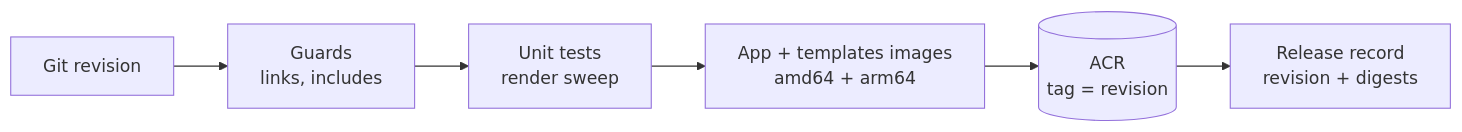
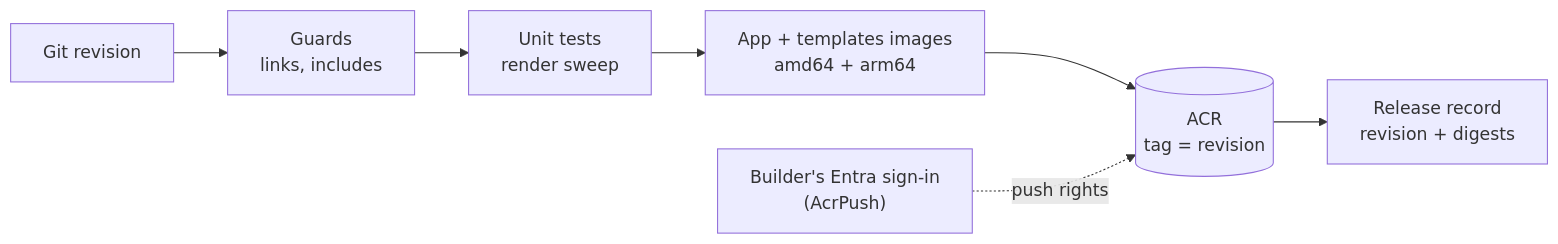
Before and after one commit to monkeywidget/Cmacc-Org: the first of 5 diagrams in docs/build-and-release.md, drawn with Mermaid. The commit also changed other lines of this file and 4 other files, not shown here.

Commit message:
docs: add more diagrams

````diff
--- a/docs/build-and-release.md
+++ b/docs/build-and-release.md
@@ -18,8 +18,9 @@
 ```mermaid
 flowchart LR
   src["Git revision"] --> guards["Guards<br/>links, includes"]
   guards --> tests["Unit tests<br/>render sweep"]
   tests --> images["App + templates images<br/>amd64 + arm64"]
   images --> acr[("ACR<br/>tag = revision")]
   acr --> record["Release record<br/>revision + digests"]
+  signin["Builder's Entra sign-in<br/>(AcrPush)"] -.->|"push rights"| acr
 ```
````
